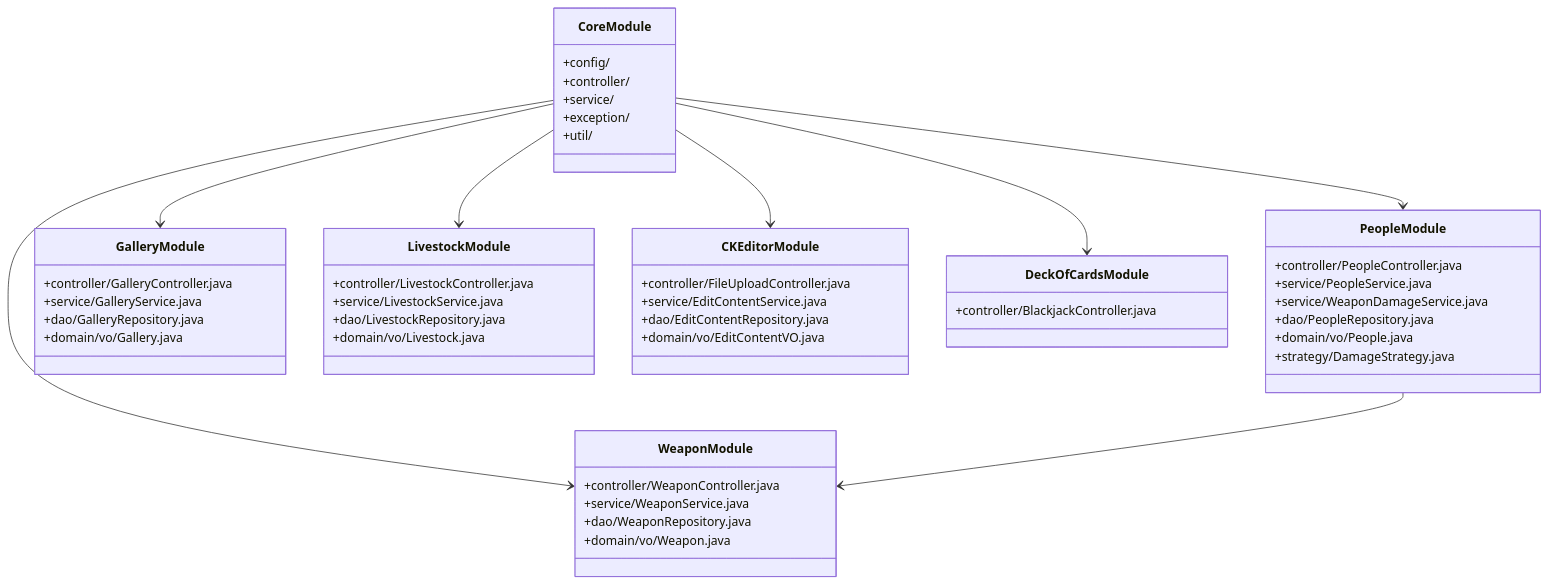
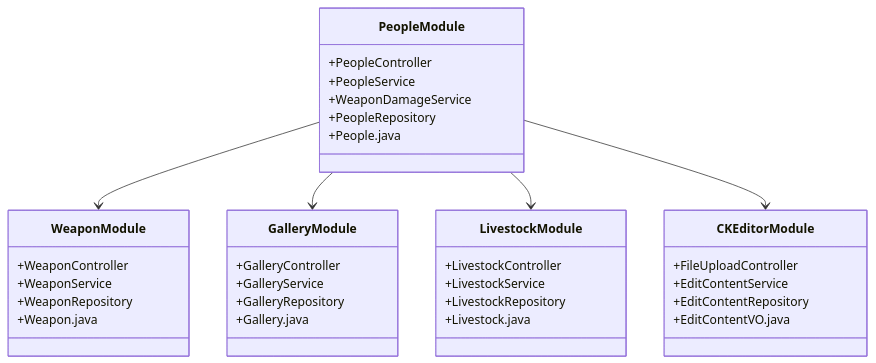
The second of 10 diagrams in README.md (Vinskao/ty-multiverse-backend), drawn with Mermaid before and after one commit. The commit also changed other lines of this file and 6 other files, not shown here.

````diff
--- a/README.md
+++ b/README.md
@@ -187,59 +42,43 @@
 ```mermaid
 classDiagram
-    class CoreModule {
-        +config/
-        +controller/
-        +service/
-        +exception/
-        +util/
-    }
-    
     class PeopleModule {
-        +controller/PeopleController.java
-        +service/PeopleService.java
-        +service/WeaponDamageService.java
-        +dao/PeopleRepository.java
-        +domain/vo/People.java
-        +strategy/DamageStrategy.java
+        +PeopleController
+        +PeopleService
+        +WeaponDamageService
+        +PeopleRepository
+        +People.java
     }
     
     class WeaponModule {
-        +controller/WeaponController.java
-        +service/WeaponService.java
-        +dao/WeaponRepository.java
-        +domain/vo/Weapon.java
+        +WeaponController
+        +WeaponService
+        +WeaponRepository
+        +Weapon.java
     }
     
     class GalleryModule {
-        +controller/GalleryController.java
-        +service/GalleryService.java
-        +dao/GalleryRepository.java
-        +domain/vo/Gallery.java
+        +GalleryController
+        +GalleryService
+        +GalleryRepository
+        +Gallery.java
     }
     
     class LivestockModule {
-        +controller/LivestockController.java
-        +service/LivestockService.java
-        +dao/LivestockRepository.java
-        +domain/vo/Livestock.java
+        +LivestockController
+        +LivestockService
+        +LivestockRepository
+        +Livestock.java
     }
     
     class CKEditorModule {
-        +controller/FileUploadController.java
-        +service/EditContentService.java
-        +dao/EditContentRepository.java
-        +domain/vo/EditContentVO.java
+        +FileUploadController
+        +EditContentService
+        +EditContentRepository
+        +EditContentVO.java
     }
     
-    class DeckOfCardsModule {
-        +controller/BlackjackController.java
-    }
-    
-    CoreModule --> PeopleModule
-    CoreModule --> WeaponModule
-    CoreModule --> GalleryModule
-    CoreModule --> LivestockModule
-    CoreModule --> CKEditorModule
-    CoreModule --> DeckOfCardsModule
     PeopleModule --> WeaponModule
+    PeopleModule --> GalleryModule
+    PeopleModule --> LivestockModule
+    PeopleModule --> CKEditorModule
 ```
````
